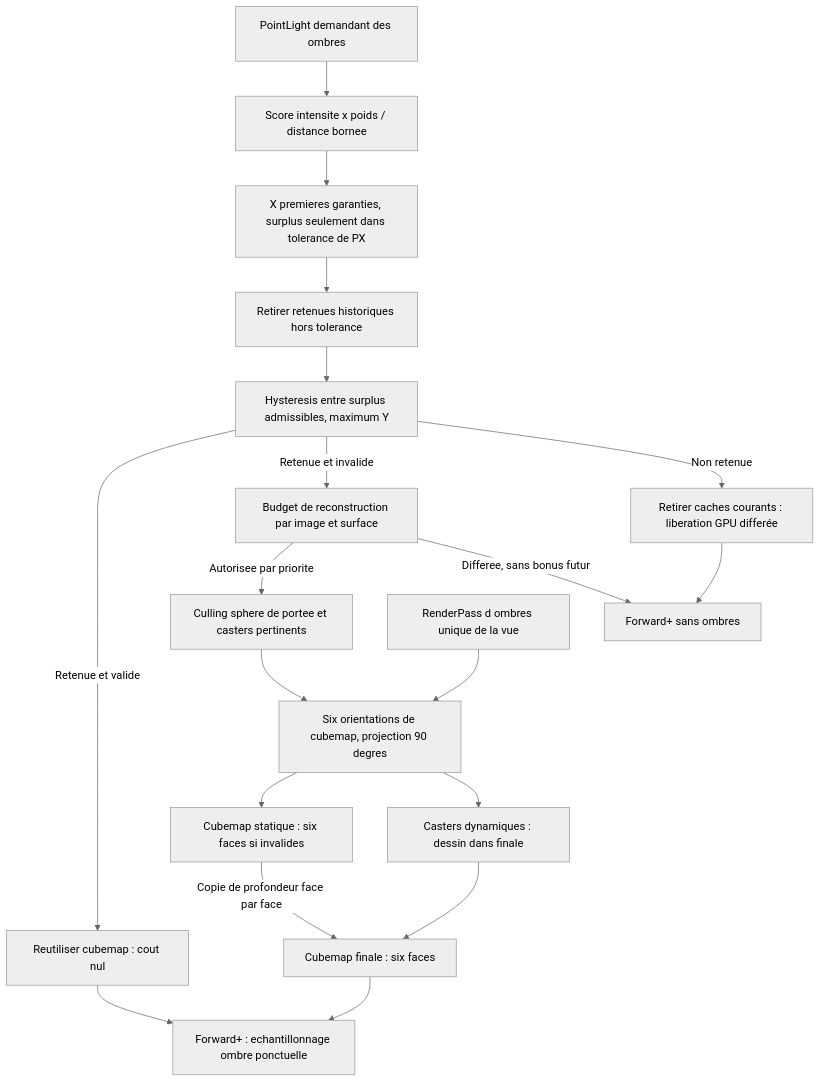
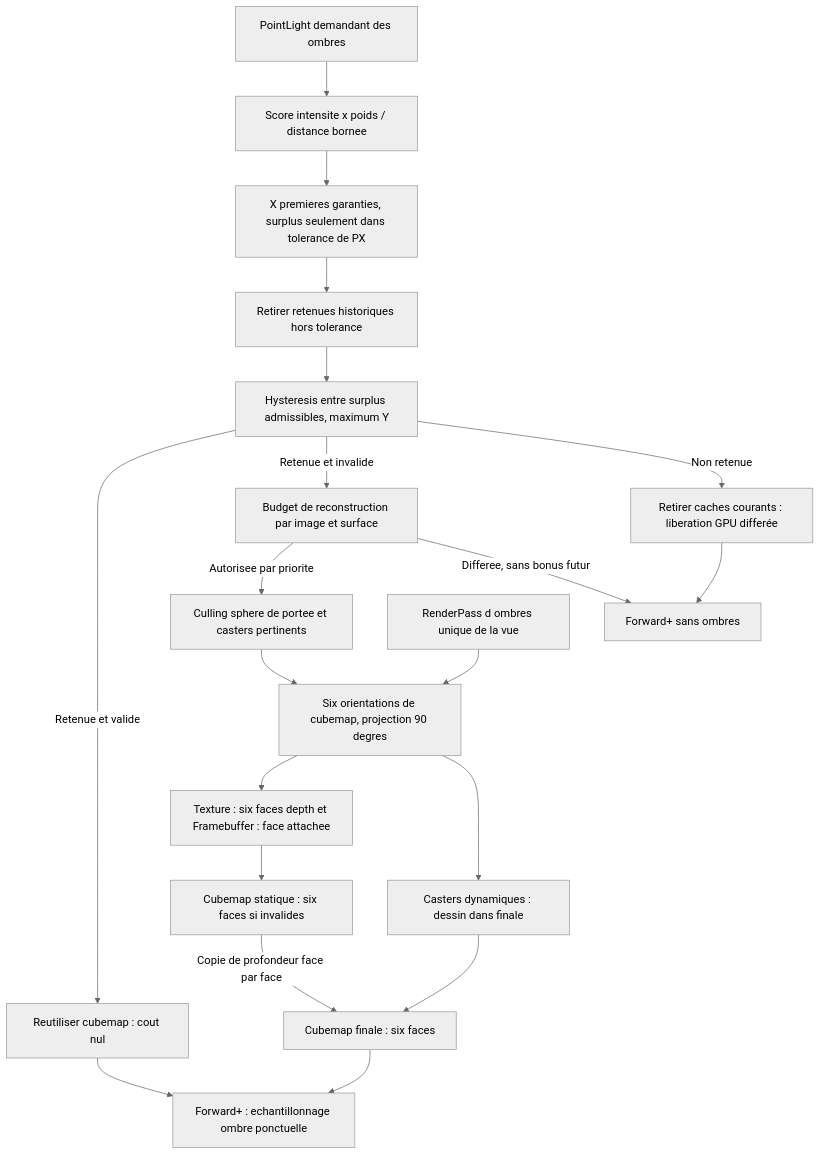
Before and after one commit to EreliaStudio/Sparkle: diagram 11 of 20 in docs/voxel-engine-v0.1.4-specification.md, drawn with Mermaid (neutral theme). The commit also changed other lines of this file, not shown here.

Commit message:
docs(v0.1.4): approve generic cubemap Texture and Framebuffer support

````diff
--- a/docs/voxel-engine-v0.1.4-specification.md
+++ b/docs/voxel-engine-v0.1.4-specification.md
@@ -845,21 +879,22 @@
 ```mermaid
 flowchart TD
   Point["PointLight demandant des ombres"] --> Score["Score intensite x poids / distance bornee"]
   Score --> Soft["X premieres garanties, surplus seulement dans tolerance de PX"]
   Soft --> Hist["Retirer retenues historiques hors tolerance"]
   Hist --> Limit["Hysteresis entre surplus admissibles, maximum Y"]
   Limit -->|"Retenue et valide"| Available["Reutiliser cubemap : cout nul"]
   Limit -->|"Retenue et invalide"| Surface["Budget de reconstruction par image et surface"]
   Surface -->|"Autorisee par priorite"| Range["Culling sphere de portee et casters pertinents"]
   Surface -->|"Differee, sans bonus futur"| LightOnly["Forward+ sans ombres"]
   Limit -->|"Non retenue"| Evict["Retirer caches courants : liberation GPU differée"]
   Evict --> LightOnly
   Range --> Faces["Six orientations de cubemap, projection 90 degres"]
   Available --> Forward["Forward+ : echantillonnage ombre ponctuelle"]
-  Faces --> Static["Cubemap statique : six faces si invalides"]
+  Faces --> FaceDepth["Texture : six faces depth et Framebuffer : face attachee"]
+  FaceDepth --> Static["Cubemap statique : six faces si invalides"]
   Static -->|"Copie de profondeur face par face"| Final["Cubemap finale : six faces"]
   Faces --> Dyn["Casters dynamiques : dessin dans finale"]
   Dyn --> Final
   Final --> Forward["Forward+ : echantillonnage ombre ponctuelle"]
   ShadowPass["RenderPass d ombres unique de la vue"] --> Faces
 ```
````
